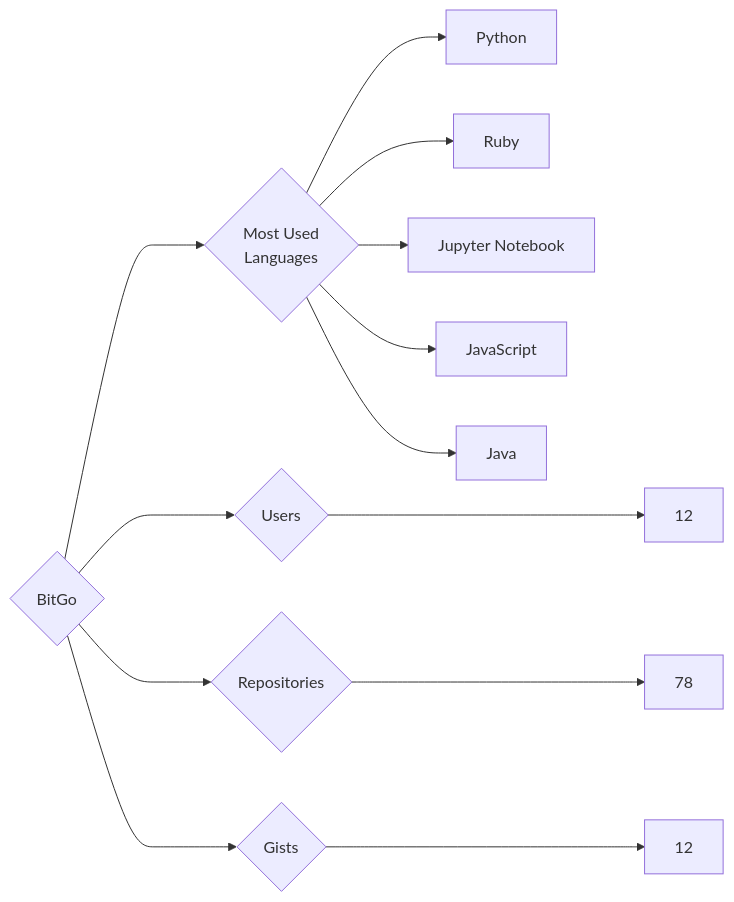
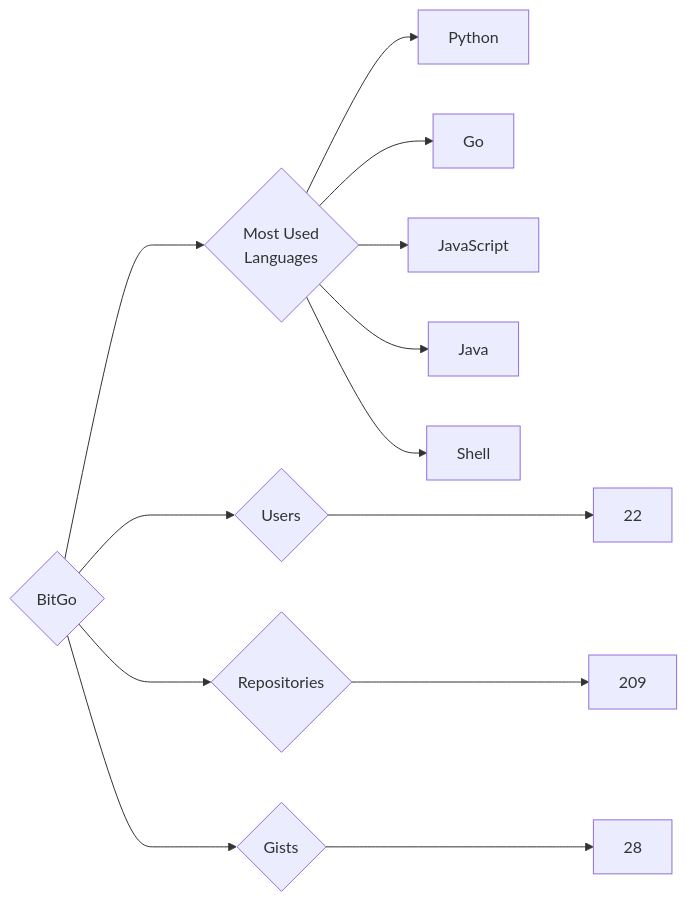
One commit to trickest/insiders changed the diagram in targets/BitGo/README.md. Above: the diagram before and after it, drawn with Mermaid. The commit also changed 899 other files, not shown here.

````diff
--- a/targets/BitGo/README.md
+++ b/targets/BitGo/README.md
@@ -3,13 +3,13 @@
 ```mermaid
 graph LR
 COMPANY_NAME{BitGo}
-COMPANY_NAME ---> U{Users} ---> UN[12]
-COMPANY_NAME ---> R{Repositories} ---> RN[78]
-COMPANY_NAME ---> G{Gists} ---> GN[12]
+COMPANY_NAME ---> U{Users} ---> UN[22]
+COMPANY_NAME ---> R{Repositories} ---> RN[209]
+COMPANY_NAME ---> G{Gists} ---> GN[28]
 COMPANY_NAME ---> ML{Most Used<br>Languages}
 ML --> Python[Python]
-ML --> Ruby[Ruby]
-ML --> Jupyter_Notebook[Jupyter Notebook]
+ML --> Go[Go]
 ML --> JavaScript[JavaScript]
 ML --> Java[Java]
+ML --> Shell[Shell]
 ```
````
